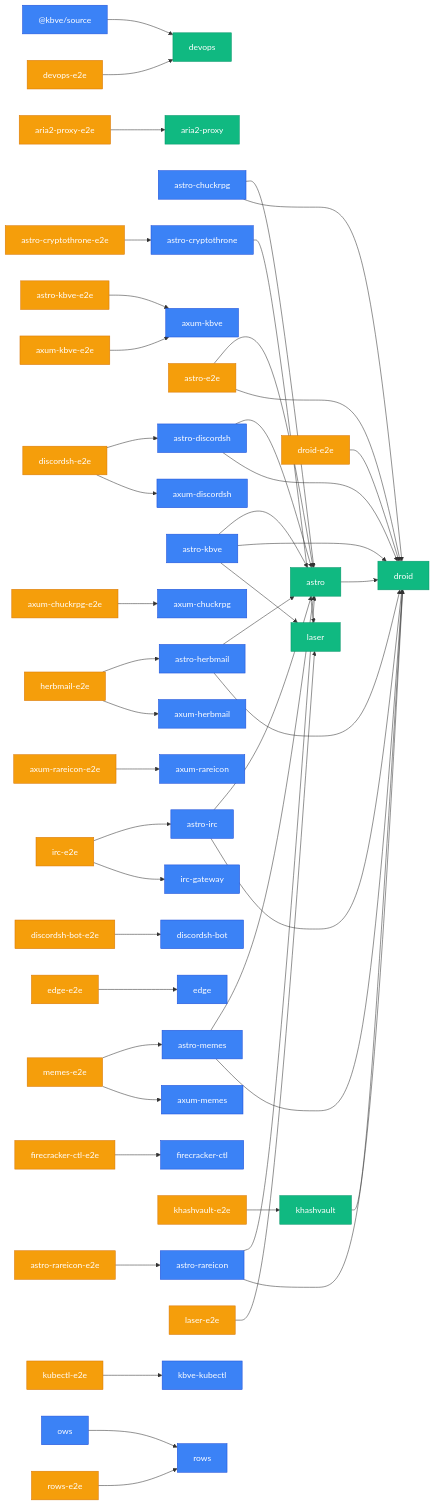
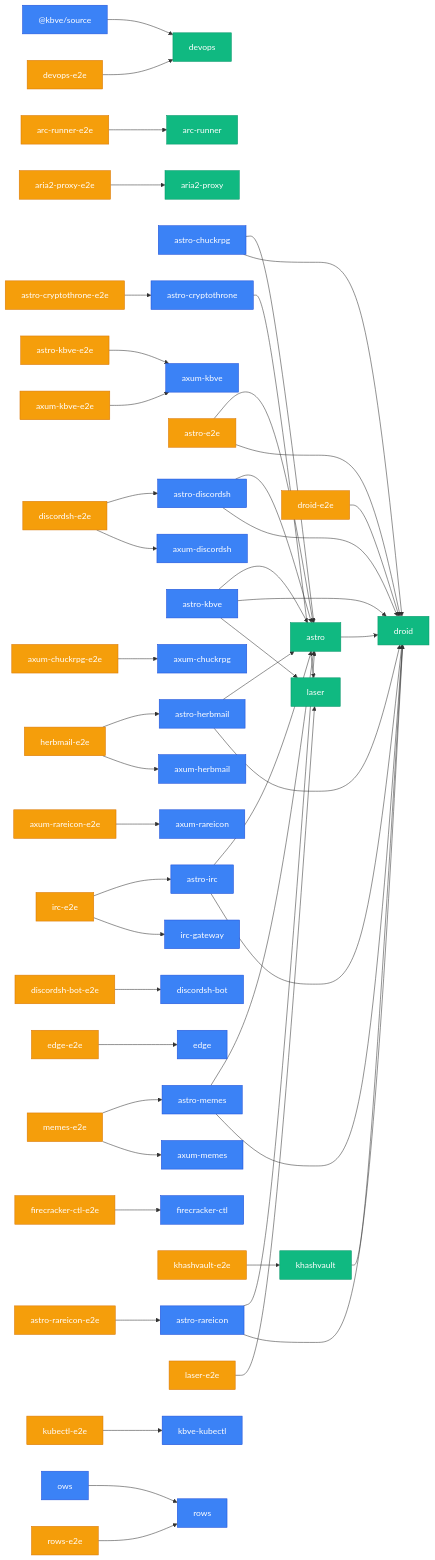
One commit to KBVE/kbve changed the third of 3 diagrams in apps/kbve/astro-kbve/src/content/docs/dashboard/graph.mdx. Above: the diagram before and after it, drawn with Mermaid. The commit also changed other lines of this file and 8 other files, not shown here.

````diff
--- a/apps/kbve/astro-kbve/src/content/docs/dashboard/graph.mdx
+++ b/apps/kbve/astro-kbve/src/content/docs/dashboard/graph.mdx
@@ -79,55 +79,56 @@
 ```mermaid
 graph LR
     classDef app fill:#3b82f6,stroke:#1d4ed8,color:#fff
     classDef lib fill:#10b981,stroke:#059669,color:#fff
     classDef e2e fill:#f59e0b,stroke:#d97706,color:#fff
     _kbve_source["@kbve/source"] --> devops["devops"]
+    arc_runner_e2e["arc-runner-e2e"] --> arc_runner["arc-runner"]
     aria2_proxy_e2e["aria2-proxy-e2e"] --> aria2_proxy["aria2-proxy"]
     astro["astro"] --> droid["droid"]
     astro_chuckrpg["astro-chuckrpg"] --> astro["astro"]
     astro_chuckrpg["astro-chuckrpg"] --> droid["droid"]
     astro_cryptothrone["astro-cryptothrone"] --> laser["laser"]
     astro_cryptothrone_e2e["astro-cryptothrone-e2e"] --> astro_cryptothrone["astro-cryptothrone"]
     astro_discordsh["astro-discordsh"] --> astro["astro"]
     astro_discordsh["astro-discordsh"] --> droid["droid"]
     astro_e2e["astro-e2e"] --> astro["astro"]
     astro_e2e["astro-e2e"] --> droid["droid"]
     astro_herbmail["astro-herbmail"] --> astro["astro"]
     astro_herbmail["astro-herbmail"] --> droid["droid"]
     astro_irc["astro-irc"] --> astro["astro"]
     astro_irc["astro-irc"] --> droid["droid"]
     astro_kbve["astro-kbve"] --> astro["astro"]
     astro_kbve["astro-kbve"] --> droid["droid"]
     astro_kbve["astro-kbve"] --> laser["laser"]
     astro_kbve_e2e["astro-kbve-e2e"] --> axum_kbve["axum-kbve"]
     astro_memes["astro-memes"] --> astro["astro"]
     astro_memes["astro-memes"] --> droid["droid"]
     astro_rareicon["astro-rareicon"] --> astro["astro"]
     astro_rareicon["astro-rareicon"] --> droid["droid"]
     astro_rareicon_e2e["astro-rareicon-e2e"] --> astro_rareicon["astro-rareicon"]
     axum_chuckrpg_e2e["axum-chuckrpg-e2e"] --> axum_chuckrpg["axum-chuckrpg"]
     axum_kbve_e2e["axum-kbve-e2e"] --> axum_kbve["axum-kbve"]
     axum_rareicon_e2e["axum-rareicon-e2e"] --> axum_rareicon["axum-rareicon"]
     devops_e2e["devops-e2e"] --> devops["devops"]
     discordsh_bot_e2e["discordsh-bot-e2e"] --> discordsh_bot["discordsh-bot"]
     discordsh_e2e["discordsh-e2e"] --> astro_discordsh["astro-discordsh"]
     discordsh_e2e["discordsh-e2e"] --> axum_discordsh["axum-discordsh"]
     droid_e2e["droid-e2e"] --> droid["droid"]
     edge_e2e["edge-e2e"] --> edge["edge"]
     firecracker_ctl_e2e["firecracker-ctl-e2e"] --> firecracker_ctl["firecracker-ctl"]
     herbmail_e2e["herbmail-e2e"] --> astro_herbmail["astro-herbmail"]
     herbmail_e2e["herbmail-e2e"] --> axum_herbmail["axum-herbmail"]
     irc_e2e["irc-e2e"] --> astro_irc["astro-irc"]
     irc_e2e["irc-e2e"] --> irc_gateway["irc-gateway"]
     khashvault["khashvault"] --> droid["droid"]
     khashvault_e2e["khashvault-e2e"] --> khashvault["khashvault"]
     kubectl_e2e["kubectl-e2e"] --> kbve_kubectl["kbve-kubectl"]
     laser_e2e["laser-e2e"] --> laser["laser"]
     memes_e2e["memes-e2e"] --> astro_memes["astro-memes"]
     memes_e2e["memes-e2e"] --> axum_memes["axum-memes"]
     ows["ows"] --> rows["rows"]
     rows_e2e["rows-e2e"] --> rows["rows"]
-    class _kbve_source,angelscript,astro_chuckrpg,astro_cryptothrone,astro_discordsh,astro_herbmail,astro_irc,astro_kbve,astro_memes,astro_rareicon,axum_chuckrpg,axum_cryptothrone,axum_discordsh,axum_herbmail,axum_kbve,axum_memes,axum_rareicon,cryptothrone,desktop_kbve,discordsh,discordsh_bot,edge,firecracker_ctl,herbmail,iot_edge_worker,irc,irc_gateway,isometric,kbve_kubectl,kilobase,mc,mc_lobby,mc_velocity,memes,notification_bot,ows,pydesk,rows app
+    class _kbve_source,angelscript,astro_chuckrpg,astro_cryptothrone,astro_discordsh,astro_herbmail,astro_irc,astro_kbve,astro_memes,astro_rareicon,axum_chuckrpg,axum_cryptothrone,axum_discordsh,axum_herbmail,axum_kbve,axum_memes,axum_rareicon,cryptothrone,desktop_kbve,discordsh,discordsh_bot,edge,firecracker_ctl,herbmail,iot_edge_worker,irc,irc_gateway,isometric,kbve_kubectl,kilobase,mc,mc_lobby,mc_velocity,memes,notification_bot,ows,pydesk,rows,unity_rareicon app
     class arc_runner,aria2_proxy,astro,bevy_battle,bevy_behavior,bevy_cam,bevy_chat,bevy_db,bevy_inventory,bevy_items,bevy_kbve_net,bevy_mapdb,bevy_npc,bevy_pathfinder,bevy_player,bevy_quests,bevy_skills,bevy_statemachine,bevy_supa,bevy_tasker,chisel_ubuntu_axum,data_proto,devops,droid,erust,holy,jedi,kbve,khashvault,laser,python_fudster,python_kbve,q,steamcmd_ubuntu,uniti lib
-    class aria2_proxy_e2e,astro_cryptothrone_e2e,astro_e2e,astro_kbve_e2e,astro_rareicon_e2e,axum_chuckrpg_e2e,axum_kbve_e2e,axum_rareicon_e2e,devops_e2e,discordsh_bot_e2e,discordsh_e2e,droid_e2e,edge_e2e,firecracker_ctl_e2e,herbmail_e2e,irc_e2e,khashvault_e2e,kubectl_e2e,laser_e2e,memes_e2e,rows_e2e e2e
+    class arc_runner_e2e,aria2_proxy_e2e,astro_cryptothrone_e2e,astro_e2e,astro_kbve_e2e,astro_rareicon_e2e,axum_chuckrpg_e2e,axum_kbve_e2e,axum_rareicon_e2e,devops_e2e,discordsh_bot_e2e,discordsh_e2e,droid_e2e,edge_e2e,firecracker_ctl_e2e,herbmail_e2e,irc_e2e,khashvault_e2e,kubectl_e2e,laser_e2e,memes_e2e,rows_e2e e2e
 ```
````
